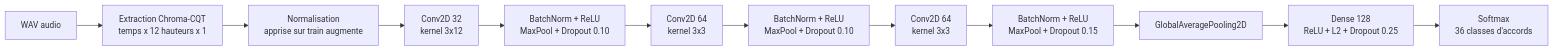
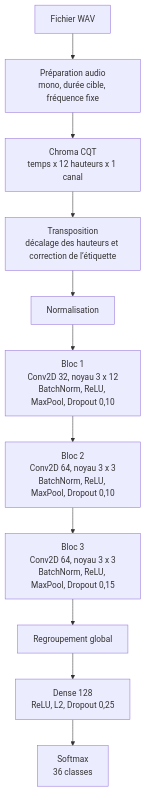
Before and after one commit to dev-gasy/musica: the third of 3 diagrams in README.md, drawn with Mermaid. The commit also changed other lines of this file and 6 other files, not shown here.

````diff
--- a/README.md
+++ b/README.md
@@ -113,14 +211,15 @@
 ```mermaid
-flowchart LR
-    A["WAV audio"] --> B["Extraction Chroma-CQT<br/>temps x 12 hauteurs x 1"]
-    B --> C["Normalisation<br/>apprise sur train augmente"]
-    C --> D["Conv2D 32<br/>kernel 3x12"]
-    D --> E["BatchNorm + ReLU<br/>MaxPool + Dropout 0.10"]
-    E --> F["Conv2D 64<br/>kernel 3x3"]
-    F --> G["BatchNorm + ReLU<br/>MaxPool + Dropout 0.10"]
-    G --> H["Conv2D 64<br/>kernel 3x3"]
-    H --> I["BatchNorm + ReLU<br/>MaxPool + Dropout 0.15"]
-    I --> J["GlobalAveragePooling2D"]
-    J --> K["Dense 128<br/>ReLU + L2 + Dropout 0.25"]
-    K --> L["Softmax<br/>36 classes d'accords"]
+flowchart TD
+    A["Fichier WAV"] --> B["Préparation audio<br/>mono, durée cible, fréquence fixe"]
+    B --> C["Chroma CQT<br/>temps x 12 hauteurs x 1 canal"]
+    C --> D["Transposition<br/>décalage des hauteurs et correction de l’étiquette"]
+    D --> E["Normalisation"]
+
+    E --> F["Bloc 1<br/>Conv2D 32, noyau 3 x 12<br/>BatchNorm, ReLU, MaxPool, Dropout 0,10"]
+    F --> G["Bloc 2<br/>Conv2D 64, noyau 3 x 3<br/>BatchNorm, ReLU, MaxPool, Dropout 0,10"]
+    G --> H["Bloc 3<br/>Conv2D 64, noyau 3 x 3<br/>BatchNorm, ReLU, MaxPool, Dropout 0,15"]
+
+    H --> I["Regroupement global"]
+    I --> J["Dense 128<br/>ReLU, L2, Dropout 0,25"]
+    J --> K["Softmax<br/>36 classes"]
 ```
````
